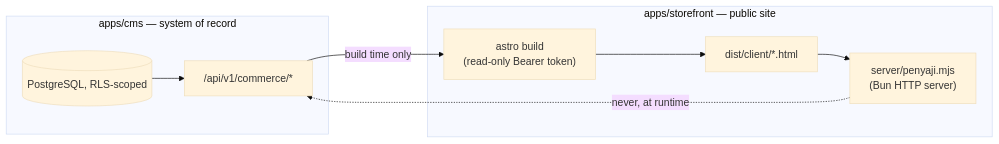
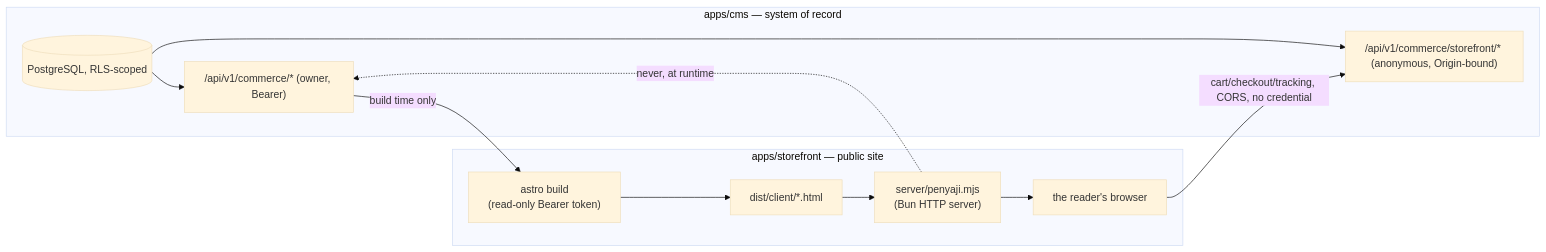
Before and after one commit to ahliweb/awcms-one: the diagram in docs/arsitektur.md, drawn with Mermaid (base theme). The commit also changed other lines of this file and 1426 other files, not shown here.

First line of the commit message:
docs: increment-2 documentation refresh, ADR-0007..0010, mirrors, knowledge graph, skills (#43)

````diff
--- a/docs/arsitektur.md
+++ b/docs/arsitektur.md
@@ -9,18 +9,22 @@
 ```mermaid
 flowchart LR
   subgraph "apps/cms — system of record"
     DB[(PostgreSQL, RLS-scoped)]
-    API["/api/v1/commerce/*"]
-    DB --> API
+    OwnerAPI["/api/v1/commerce/* (owner, Bearer)"]
+    PublicAPI["/api/v1/commerce/storefront/* (anonymous, Origin-bound)"]
+    DB --> OwnerAPI
+    DB --> PublicAPI
   end
 
   subgraph "apps/storefront — public site"
     Build["astro build\n(read-only Bearer token)"]
     Files["dist/client/*.html"]
     Penyaji["server/penyaji.mjs\n(Bun HTTP server)"]
-    Build --> Files --> Penyaji
+    Browser["the reader's browser"]
+    Build --> Files --> Penyaji --> Browser
   end
 
-  API -- "build time only" --> Build
-  Penyaji -. "never, at runtime" .-> API
+  OwnerAPI -- "build time only" --> Build
+  Penyaji -. "never, at runtime" .-> OwnerAPI
+  Browser -- "cart/checkout/tracking, CORS, no credential" --> PublicAPI
 ```
````
